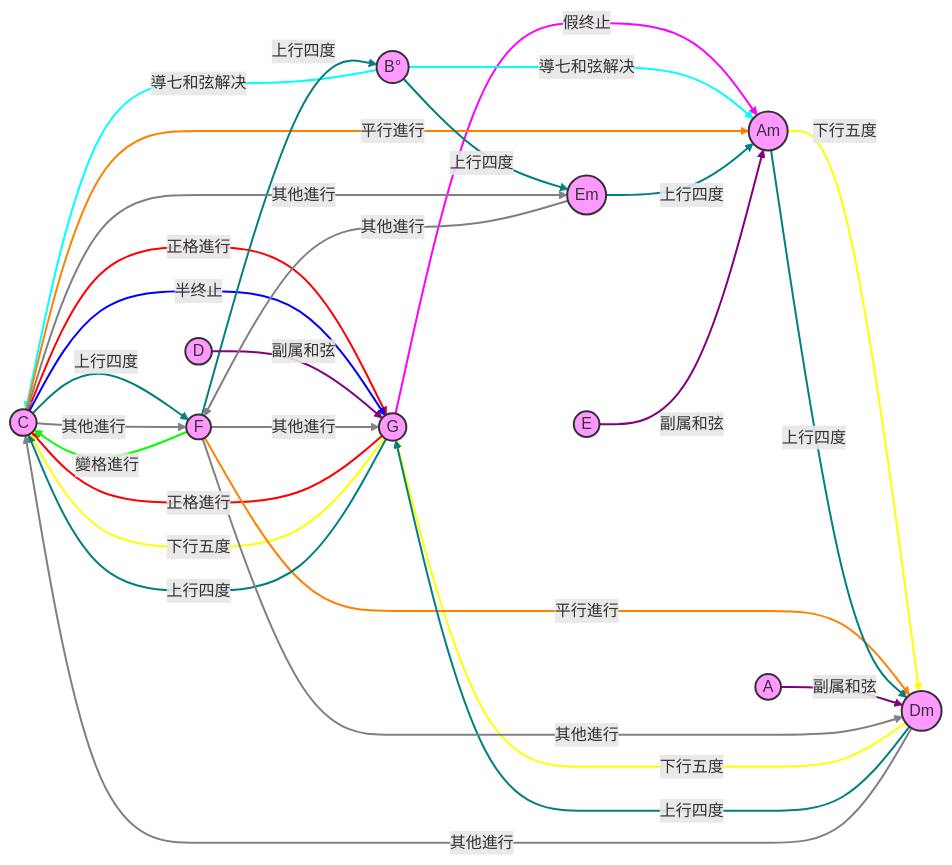
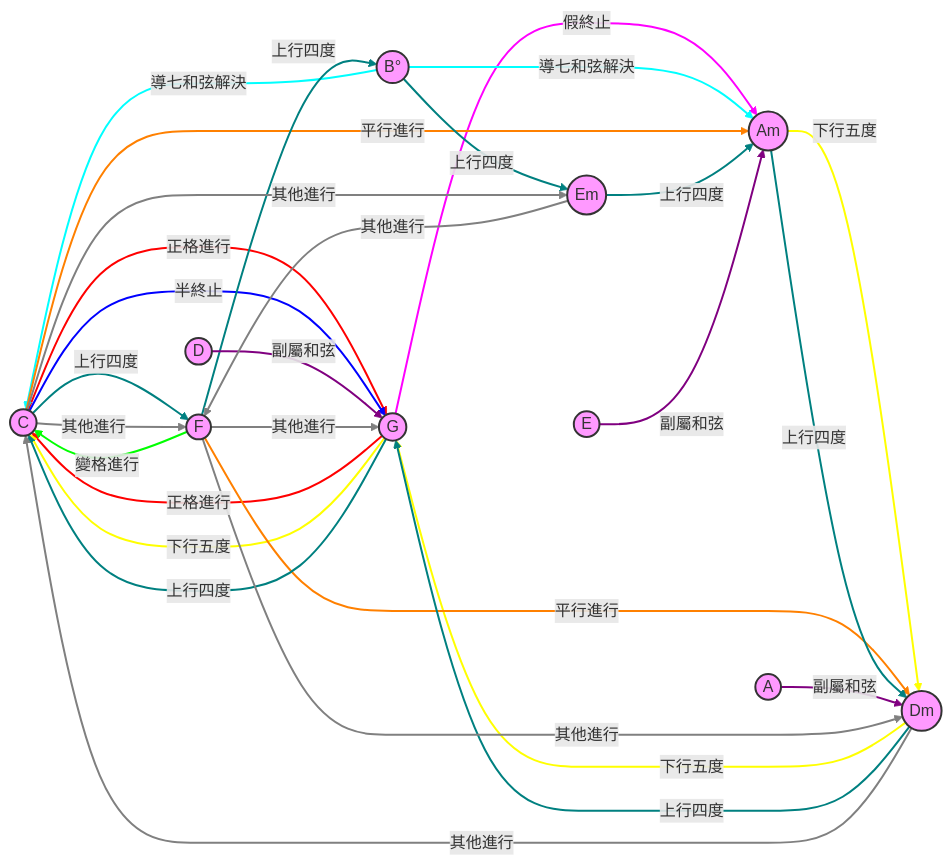
Before and after one commit to Kuo-TingKai/music-chord-graph: the first of 2 diagrams in music-chord-graph.md, drawn with Mermaid. The commit also changed other lines of this file, not shown here.

````diff
--- a/music-chord-graph.md
+++ b/music-chord-graph.md
@@ -1,43 +6,43 @@
-```mermaid
-graph LR
+  <pre class="mermaid">
+    graph LR
     C((C)) -->|正格進行| G((G))
     G -->|正格進行| C
     F -->|變格進行| C
-    C -->|半终止| G
-    G -->|假终止| Am((Am))
+    C -->|半終止| G
+    G -->|假終止| Am((Am))
     Am -->|下行五度| Dm((Dm))
     Dm -->|下行五度| G
     G -->|下行五度| C
-    B((B°)) -->|導七和弦解决| C
-    B -->|導七和弦解决| Am
+    B((B°)) -->|導七和弦解決| C
+    B -->|導七和弦解決| Am
     C -->|平行進行| Am
     F -->|平行進行| Dm
     C -->|上行四度| F((F))
     F -->|上行四度| B
     B -->|上行四度| Em((Em))
     Em -->|上行四度| Am
     Am -->|上行四度| Dm
     Dm -->|上行四度| G
     G -->|上行四度| C
-    D((D)) -->|副属和弦| G
-    A((A)) -->|副属和弦| Dm
-    E((E)) -->|副属和弦| Am
+    D((D)) -->|副屬和弦| G
+    A((A)) -->|副屬和弦| Dm
+    E((E)) -->|副屬和弦| Am
     C -->|其他進行| F
     F -->|其他進行| G
     C -->|其他進行| Em
     Em -->|其他進行| F
     F -->|其他進行| Dm
     Dm -->|其他進行| C
     
     classDef default fill:#f9f,stroke:#333,stroke-width:2px;
     linkStyle 0,1 stroke:#ff0000,stroke-width:2px;
     linkStyle 2 stroke:#00ff00,stroke-width:2px;
     linkStyle 3 stroke:#0000ff,stroke-width:2px;
     linkStyle 4 stroke:#ff00ff,stroke-width:2px;
     linkStyle 5,6,7 stroke:#ffff00,stroke-width:2px;
     linkStyle 8,9 stroke:#00ffff,stroke-width:2px;
     linkStyle 10,11 stroke:#ff8000,stroke-width:2px;
     linkStyle 12,13,14,15,16,17,18 stroke:#008080,stroke-width:2px;
     linkStyle 19,20,21 stroke:#800080,stroke-width:2px;
     linkStyle 22,23,24,25,26,27 stroke:#808080,stroke-width:2px;
-```
+  </pre>
````
